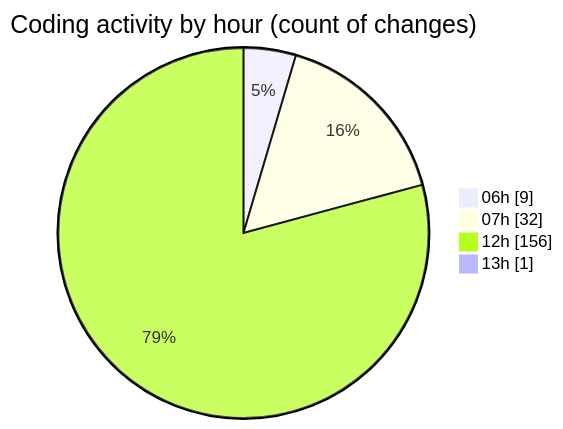
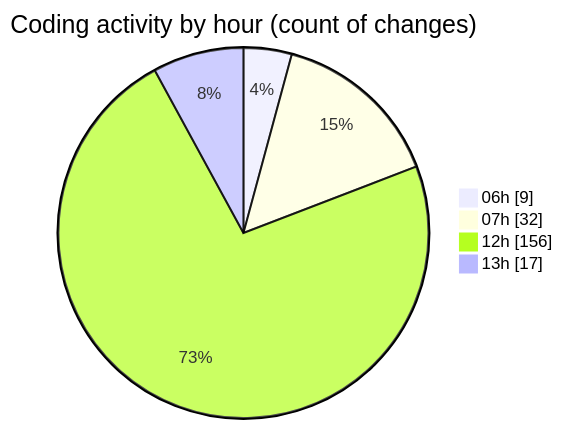
One commit to robertbonfada/code-tracking changed the second of 2 diagrams in 2025-02-18/mbc-web/README.md. Above: the diagram before and after it, drawn with Mermaid. The commit also changed other lines of this file and 1 other file, not shown here.

````diff
--- a/2025-02-18/mbc-web/README.md
+++ b/2025-02-18/mbc-web/README.md
@@ -129,8 +139,8 @@
 ```mermaid
 pie showData
 title Coding activity by hour (count of changes)
 "06h" : 9
 "07h" : 32
 "12h" : 156
-"13h" : 1
+"13h" : 17
 ```
````
